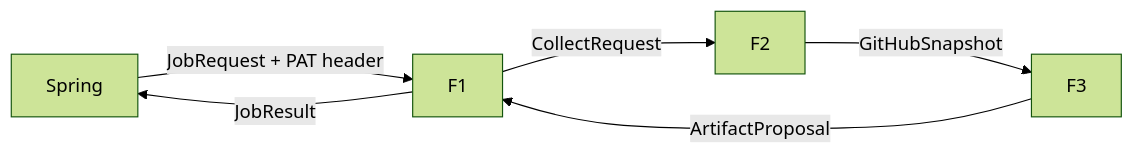
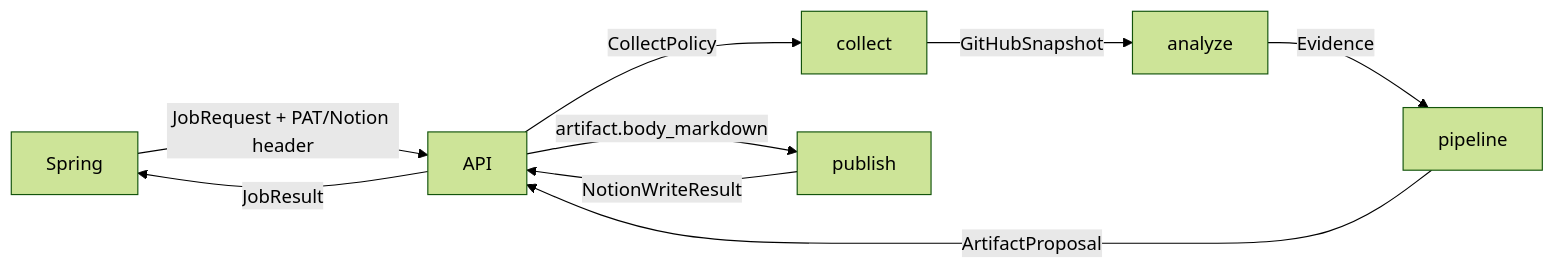
One commit to KTB-AIhackathon/Blocki-AI changed the first of 2 diagrams in DESIGN.md. Above: the diagram before and after it, drawn with Mermaid (forest theme). The commit also changed other lines of this file and 88 other files, not shown here.

````diff
--- a/DESIGN.md
+++ b/DESIGN.md
@@ -96,8 +103,11 @@
 ```mermaid
 graph LR
-  Spring -->|JobRequest + PAT header| F1
-  F1 -->|CollectRequest| F2
-  F2 -->|GitHubSnapshot| F3
-  F3 -->|ArtifactProposal| F1
-  F1 -->|JobResult| Spring
+  Spring -->|JobRequest + PAT/Notion header| API
+  API -->|CollectPolicy| collect
+  collect -->|GitHubSnapshot| analyze
+  analyze -->|Evidence| pipeline
+  pipeline -->|ArtifactProposal| API
+  API -->|artifact.body_markdown| publish
+  publish -->|NotionWriteResult| API
+  API -->|JobResult| Spring
 ```
````
